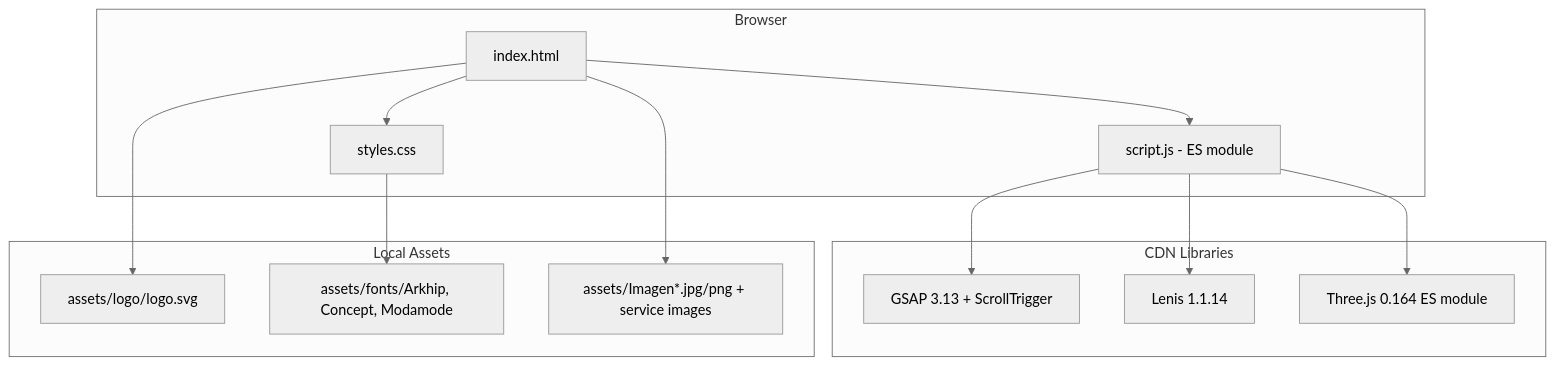
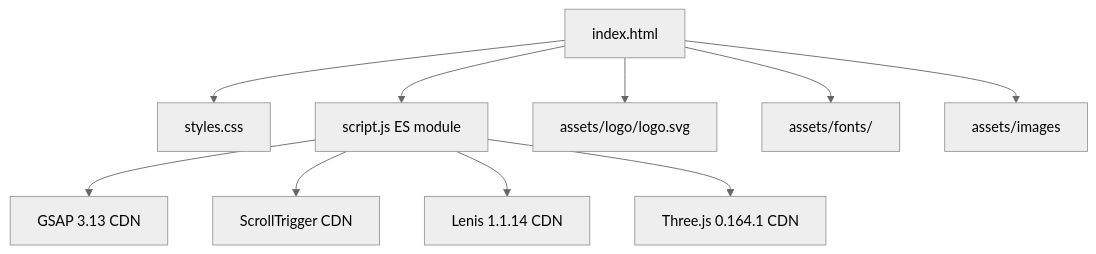
One commit to DanielV-94/VarianteA changed the diagram in .kiro/specs/cintora-rebrand/design.md. Above: the diagram before and after it, drawn with Mermaid (neutral theme). The commit also changed other lines of this file and 5 other files, not shown here.

````diff
--- a/.kiro/specs/cintora-rebrand/design.md
+++ b/.kiro/specs/cintora-rebrand/design.md
@@ -22,29 +33,12 @@
 ```mermaid
 graph TD
-    subgraph Browser
-        HTML[index.html]
-        CSS[styles.css]
-        JS[script.js - ES module]
-    end
-
-    subgraph CDN Libraries
-        GSAP[GSAP 3.13 + ScrollTrigger]
-        LENIS[Lenis 1.1.14]
-        THREE[Three.js 0.164 ES module]
-    end
-
-    subgraph Local Assets
-        LOGO[assets/logo/logo.svg]
-        FONTS[assets/fonts/Arkhip, Concept, Modamode]
-        IMAGES[assets/Imagen*.jpg/png + service images]
-    end
-
-    HTML --> CSS
-    HTML --> JS
-    JS --> GSAP
-    JS --> LENIS
-    JS --> THREE
-    HTML --> LOGO
-    CSS --> FONTS
-    HTML --> IMAGES
+    A[index.html] --> B[styles.css]
+    A --> C[script.js ES module]
+    C --> D[GSAP 3.13 CDN]
+    C --> E[ScrollTrigger CDN]
+    C --> F[Lenis 1.1.14 CDN]
+    C --> G[Three.js 0.164.1 CDN]
+    A --> H[assets/logo/logo.svg]
+    A --> I[assets/fonts/]
+    A --> J[assets/images]
 ```
````
